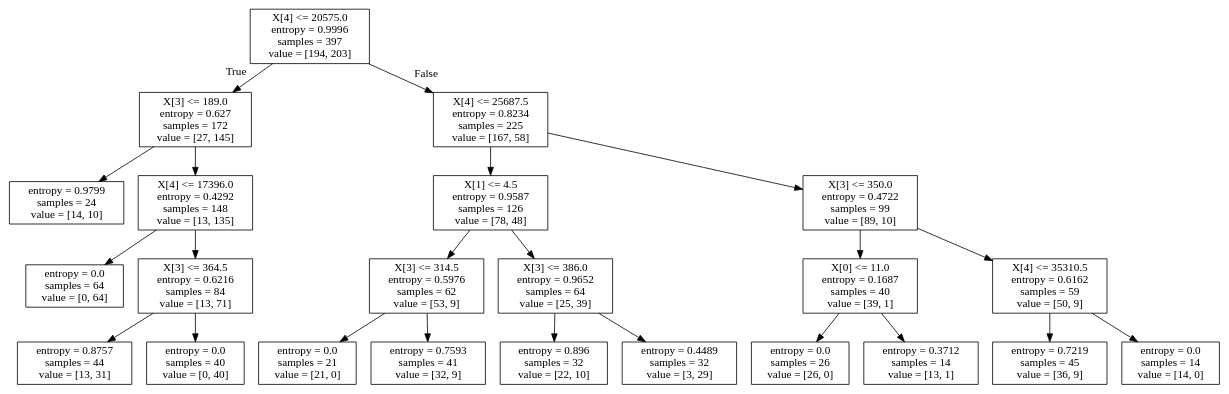
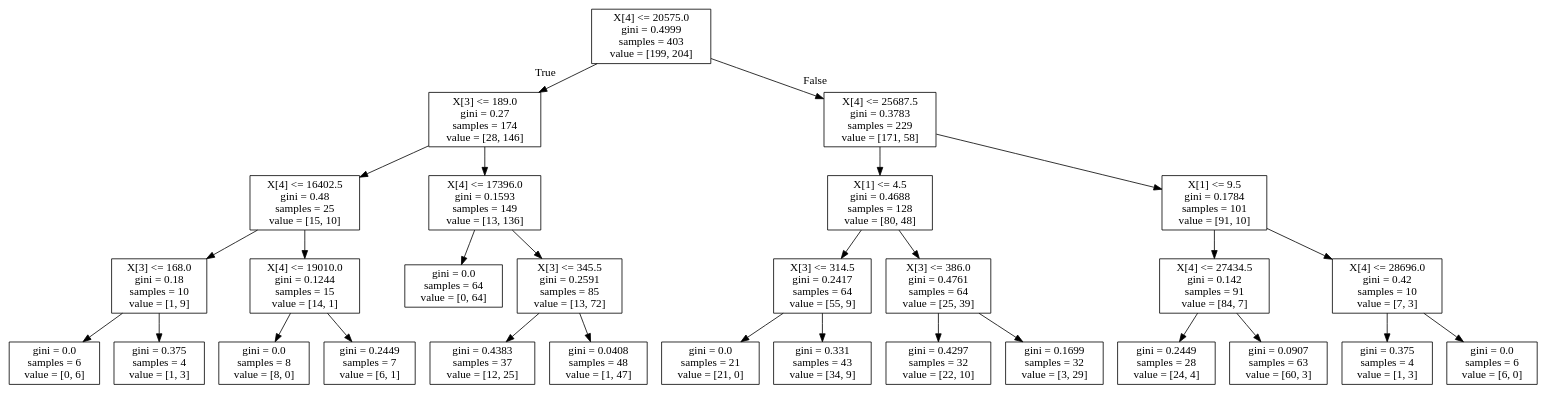
The diagram in NaoDecisionTree.dot (cmcollander/NaoLego), drawn with Graphviz before and after one commit. The commit also changed 3 other files, not shown here.

```diff
--- a/NaoDecisionTree.dot
+++ b/NaoDecisionTree.dot
@@ -1,48 +1,60 @@
 digraph Tree {
 node [shape=box] ;
-0 [label="X[4] <= 20575.0\nentropy = 0.9996\nsamples = 397\nvalue = [194, 203]"] ;
-1 [label="X[3] <= 189.0\nentropy = 0.627\nsamples = 172\nvalue = [27, 145]"] ;
+0 [label="X[4] <= 20575.0\ngini = 0.4999\nsamples = 403\nvalue = [199, 204]"] ;
+1 [label="X[3] <= 189.0\ngini = 0.27\nsamples = 174\nvalue = [28, 146]"] ;
 0 -> 1 [labeldistance=2.5, labelangle=45, headlabel="True"] ;
-2 [label="entropy = 0.9799\nsamples = 24\nvalue = [14, 10]"] ;
+2 [label="X[4] <= 16402.5\ngini = 0.48\nsamples = 25\nvalue = [15, 10]"] ;
 1 -> 2 ;
-3 [label="X[4] <= 17396.0\nentropy = 0.4292\nsamples = 148\nvalue = [13, 135]"] ;
-1 -> 3 ;
-4 [label="entropy = 0.0\nsamples = 64\nvalue = [0, 64]"] ;
+3 [label="X[3] <= 168.0\ngini = 0.18\nsamples = 10\nvalue = [1, 9]"] ;
+2 -> 3 ;
+4 [label="gini = 0.0\nsamples = 6\nvalue = [0, 6]"] ;
 3 -> 4 ;
-5 [label="X[3] <= 364.5\nentropy = 0.6216\nsamples = 84\nvalue = [13, 71]"] ;
+5 [label="gini = 0.375\nsamples = 4\nvalue = [1, 3]"] ;
 3 -> 5 ;
-6 [label="entropy = 0.8757\nsamples = 44\nvalue = [13, 31]"] ;
-5 -> 6 ;
-7 [label="entropy = 0.0\nsamples = 40\nvalue = [0, 40]"] ;
-5 -> 7 ;
-8 [label="X[4] <= 25687.5\nentropy = 0.8234\nsamples = 225\nvalue = [167, 58]"] ;
-0 -> 8 [labeldistance=2.5, labelangle=-45, headlabel="False"] ;
-9 [label="X[1] <= 4.5\nentropy = 0.9587\nsamples = 126\nvalue = [78, 48]"] ;
-8 -> 9 ;
-10 [label="X[3] <= 314.5\nentropy = 0.5976\nsamples = 62\nvalue = [53, 9]"] ;
+6 [label="X[4] <= 19010.0\ngini = 0.1244\nsamples = 15\nvalue = [14, 1]"] ;
+2 -> 6 ;
+7 [label="gini = 0.0\nsamples = 8\nvalue = [8, 0]"] ;
+6 -> 7 ;
+8 [label="gini = 0.2449\nsamples = 7\nvalue = [6, 1]"] ;
+6 -> 8 ;
+9 [label="X[4] <= 17396.0\ngini = 0.1593\nsamples = 149\nvalue = [13, 136]"] ;
+1 -> 9 ;
+10 [label="gini = 0.0\nsamples = 64\nvalue = [0, 64]"] ;
 9 -> 10 ;
-11 [label="entropy = 0.0\nsamples = 21\nvalue = [21, 0]"] ;
-10 -> 11 ;
-12 [label="entropy = 0.7593\nsamples = 41\nvalue = [32, 9]"] ;
-10 -> 12 ;
-13 [label="X[3] <= 386.0\nentropy = 0.9652\nsamples = 64\nvalue = [25, 39]"] ;
-9 -> 13 ;
-14 [label="entropy = 0.896\nsamples = 32\nvalue = [22, 10]"] ;
-13 -> 14 ;
-15 [label="entropy = 0.4489\nsamples = 32\nvalue = [3, 29]"] ;
-13 -> 15 ;
-16 [label="X[3] <= 350.0\nentropy = 0.4722\nsamples = 99\nvalue = [89, 10]"] ;
-8 -> 16 ;
-17 [label="X[0] <= 11.0\nentropy = 0.1687\nsamples = 40\nvalue = [39, 1]"] ;
+11 [label="X[3] <= 345.5\ngini = 0.2591\nsamples = 85\nvalue = [13, 72]"] ;
+9 -> 11 ;
+12 [label="gini = 0.4383\nsamples = 37\nvalue = [12, 25]"] ;
+11 -> 12 ;
+13 [label="gini = 0.0408\nsamples = 48\nvalue = [1, 47]"] ;
+11 -> 13 ;
+14 [label="X[4] <= 25687.5\ngini = 0.3783\nsamples = 229\nvalue = [171, 58]"] ;
+0 -> 14 [labeldistance=2.5, labelangle=-45, headlabel="False"] ;
+15 [label="X[1] <= 4.5\ngini = 0.4688\nsamples = 128\nvalue = [80, 48]"] ;
+14 -> 15 ;
+16 [label="X[3] <= 314.5\ngini = 0.2417\nsamples = 64\nvalue = [55, 9]"] ;
+15 -> 16 ;
+17 [label="gini = 0.0\nsamples = 21\nvalue = [21, 0]"] ;
 16 -> 17 ;
-18 [label="entropy = 0.0\nsamples = 26\nvalue = [26, 0]"] ;
-17 -> 18 ;
-19 [label="entropy = 0.3712\nsamples = 14\nvalue = [13, 1]"] ;
-17 -> 19 ;
-20 [label="X[4] <= 35310.5\nentropy = 0.6162\nsamples = 59\nvalue = [50, 9]"] ;
-16 -> 20 ;
-21 [label="entropy = 0.7219\nsamples = 45\nvalue = [36, 9]"] ;
-20 -> 21 ;
-22 [label="entropy = 0.0\nsamples = 14\nvalue = [14, 0]"] ;
-20 -> 22 ;
+18 [label="gini = 0.331\nsamples = 43\nvalue = [34, 9]"] ;
+16 -> 18 ;
+19 [label="X[3] <= 386.0\ngini = 0.4761\nsamples = 64\nvalue = [25, 39]"] ;
+15 -> 19 ;
+20 [label="gini = 0.4297\nsamples = 32\nvalue = [22, 10]"] ;
+19 -> 20 ;
+21 [label="gini = 0.1699\nsamples = 32\nvalue = [3, 29]"] ;
+19 -> 21 ;
+22 [label="X[1] <= 9.5\ngini = 0.1784\nsamples = 101\nvalue = [91, 10]"] ;
+14 -> 22 ;
+23 [label="X[4] <= 27434.5\ngini = 0.142\nsamples = 91\nvalue = [84, 7]"] ;
+22 -> 23 ;
+24 [label="gini = 0.2449\nsamples = 28\nvalue = [24, 4]"] ;
+23 -> 24 ;
+25 [label="gini = 0.0907\nsamples = 63\nvalue = [60, 3]"] ;
+23 -> 25 ;
+26 [label="X[4] <= 28696.0\ngini = 0.42\nsamples = 10\nvalue = [7, 3]"] ;
+22 -> 26 ;
+27 [label="gini = 0.375\nsamples = 4\nvalue = [1, 3]"] ;
+26 -> 27 ;
+28 [label="gini = 0.0\nsamples = 6\nvalue = [6, 0]"] ;
+26 -> 28 ;
 }
```
